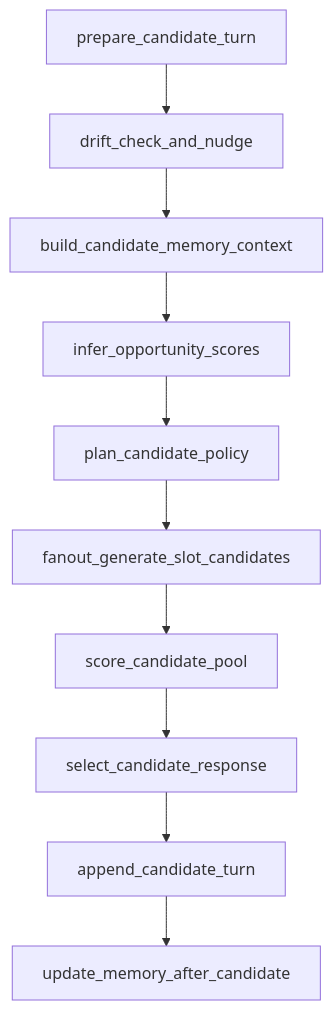
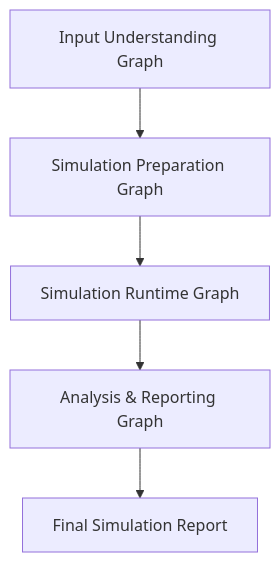
The first of 4 diagrams in 2026-03-06-1357-langGraph.md (pimangnono/UbeU), drawn with Mermaid before and after one commit. The commit also changed other lines of this file and 310 other files, not shown here.

````diff
--- a/2026-03-06-1357-langGraph.md
+++ b/2026-03-06-1357-langGraph.md
@@ -112,12 +62,7 @@
 ```mermaid
 flowchart TD
-    C0["prepare_candidate_turn"] --> C1["drift_check_and_nudge"]
-    C1 --> C2["build_candidate_memory_context"]
-    C2 --> C3["infer_opportunity_scores"]
-    C3 --> C4["plan_candidate_policy"]
-    C4 --> C5["fanout_generate_slot_candidates"]
-    C5 --> C6["score_candidate_pool"]
-    C6 --> C7["select_candidate_response"]
-    C7 --> C8["append_candidate_turn"]
-    C8 --> C9["update_memory_after_candidate"]
+    A["Input Understanding Graph"] --> B["Simulation Preparation Graph"]
+    B --> C["Simulation Runtime Graph"]
+    C --> D["Analysis & Reporting Graph"]
+    D --> E["Final Simulation Report"]
 ```
````
